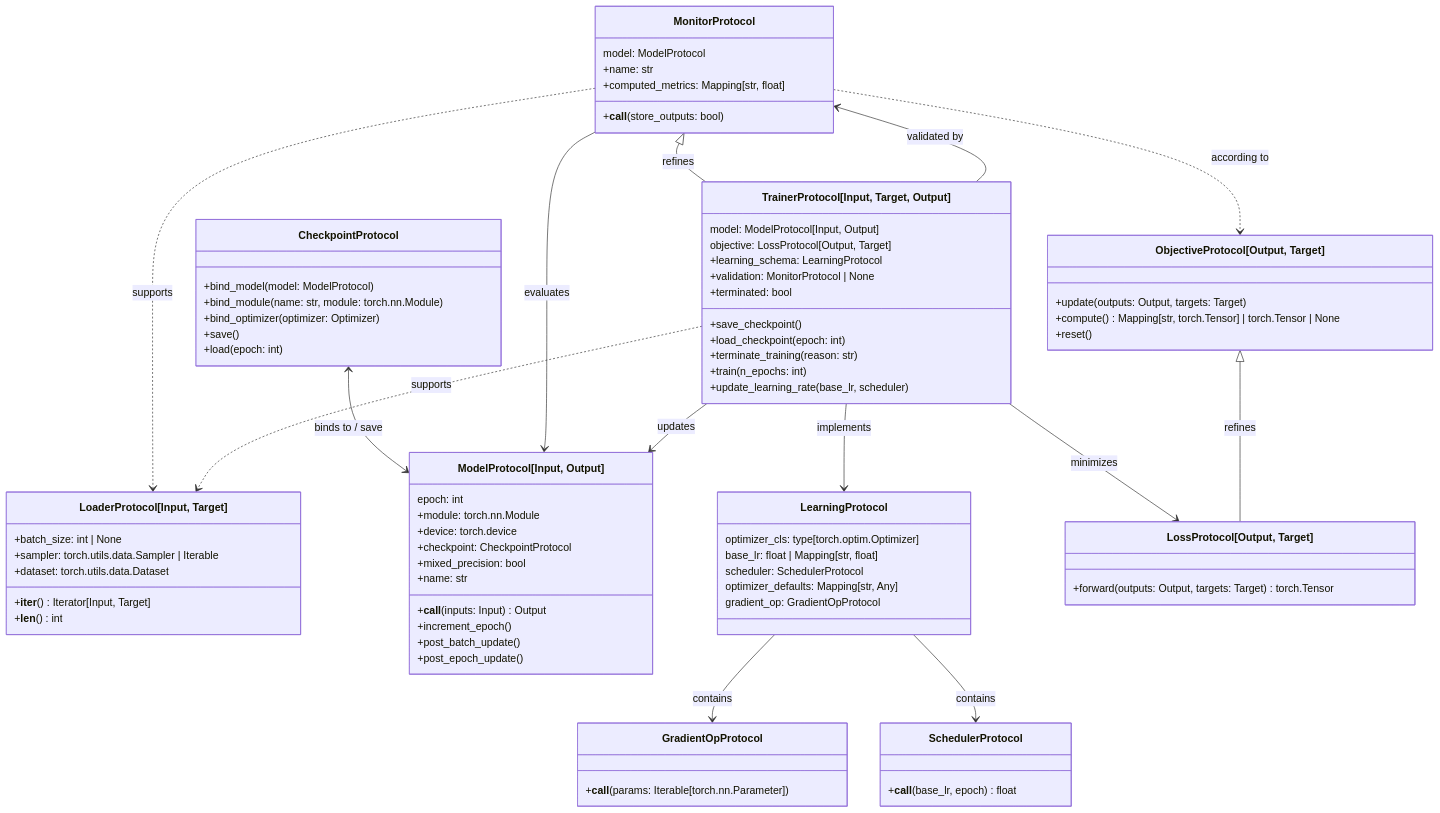
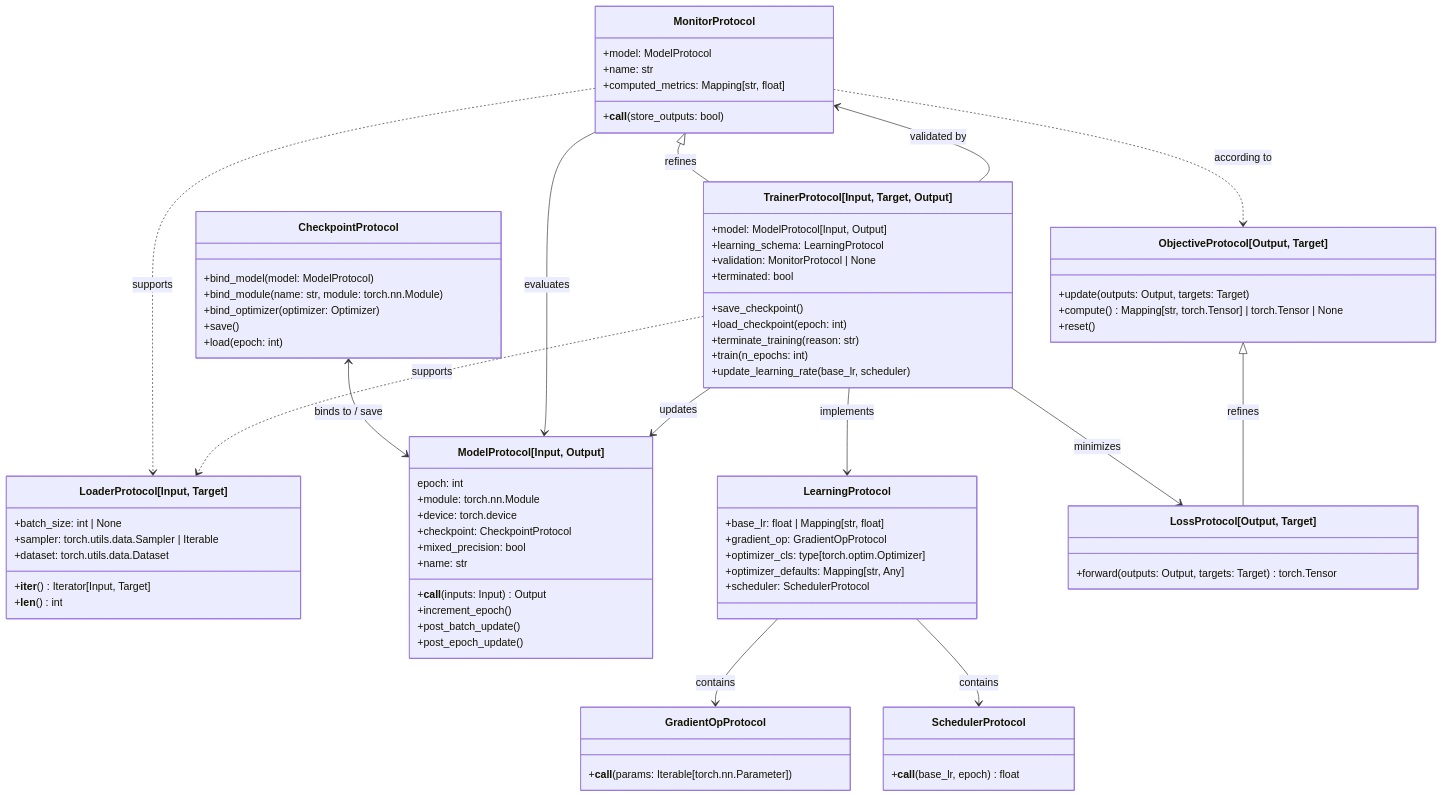
The diagram in docs/architecture.md (nverchev/drytorch), drawn with Mermaid before and after one commit. The commit also changed 23 other files, not shown here.

```diff
--- a/docs/architecture.md
+++ b/docs/architecture.md
@@ -66,11 +66,11 @@
     }
 
     class LearningProtocol {
-        optimizer_cls: type[torch.optim.Optimizer]
-        base_lr: float | Mapping[str, float]
-        scheduler: SchedulerProtocol
-        optimizer_defaults: Mapping[str, Any]
-        gradient_op: GradientOpProtocol
+        +base_lr: float | Mapping[str, float]
+        +gradient_op: GradientOpProtocol
+        +optimizer_cls: type[torch.optim.Optimizer]
+        +optimizer_defaults: Mapping[str, Any]
+        +scheduler: SchedulerProtocol
     }
 
     class ObjectiveProtocol["ObjectiveProtocol[Output, Target]"] {
@@ -84,15 +84,14 @@
     }
 
     class MonitorProtocol {
-        model: ModelProtocol
+        +model: ModelProtocol
         +name: str
         +computed_metrics: Mapping[str, float]
         +__call__(store_outputs: bool)
     }
 
     class TrainerProtocol["TrainerProtocol[Input, Target, Output]"] {
-        model: ModelProtocol[Input, Output]
-        objective: LossProtocol[Output, Target]
+        +model: ModelProtocol[Input, Output]
         +learning_schema: LearningProtocol
         +validation: MonitorProtocol | None
         +terminated: bool
```
